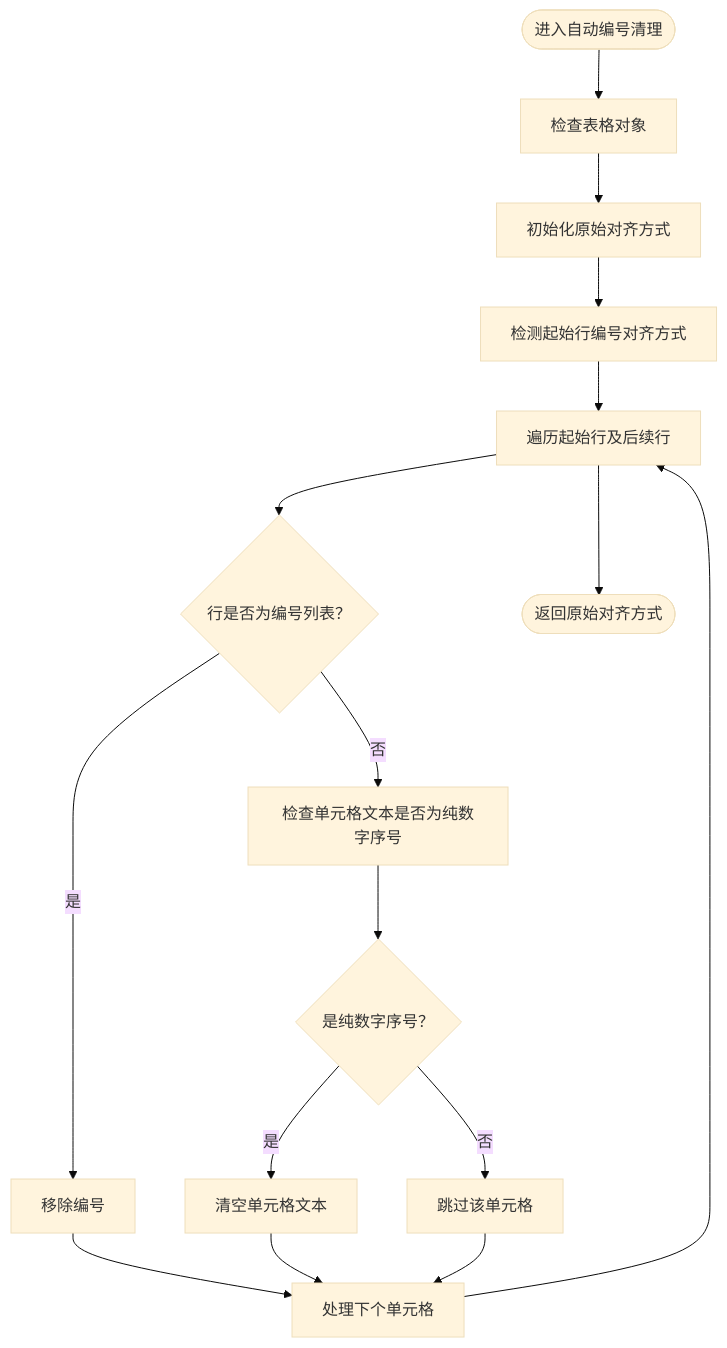
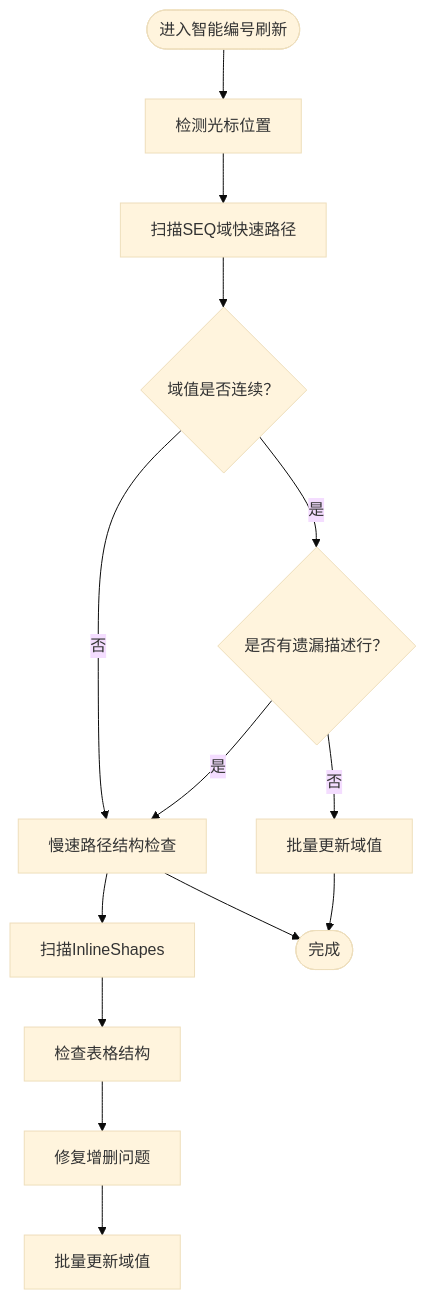
The third of 6 diagrams in .qoder/repowiki/zh/content/核心功能/表格处理服务.md (rainiva/WordTools), drawn with Mermaid (base theme) before and after one commit. The commit also changed other lines of this file and 7 other files, not shown here.

````diff
--- a/.qoder/repowiki/zh/content/核心功能/表格处理服务.md
+++ b/.qoder/repowiki/zh/content/核心功能/表格处理服务.md
@@ -186,18 +191,16 @@
 ```mermaid
 flowchart TD
-Start(["进入自动编号清理"]) --> CheckTbl["检查表格对象"]
-CheckTbl --> InitState["初始化原始对齐方式"]
-InitState --> DetectAlign["检测起始行编号对齐方式"]
-DetectAlign --> LoopRows["遍历起始行及后续行"]
-LoopRows --> HasList{"行是否为编号列表？"}
-HasList --> |是| RemoveNums["移除编号"]
-HasList --> |否| CheckCellText["检查单元格文本是否为纯数字序号"]
-CheckCellText --> IsPureNum{"是纯数字序号？"}
-IsPureNum --> |是| ClearText["清空单元格文本"]
-IsPureNum --> |否| Skip["跳过该单元格"]
-RemoveNums --> NextCell["处理下个单元格"]
-ClearText --> NextCell
-Skip --> NextCell
-NextCell --> LoopRows
-LoopRows --> Done(["返回原始对齐方式"])
+Start(["进入智能编号刷新"]) --> CheckCursor["检测光标位置"]
+CheckCursor --> ScanFields["扫描SEQ域快速路径"]
+ScanFields --> CheckContinuity{"域值是否连续？"}
+CheckContinuity --> |是| CheckMissing{"是否有遗漏描述行？"}
+CheckMissing --> |否| FastUpdate["批量更新域值"]
+CheckMissing --> |是| SlowPath["慢速路径结构检查"]
+CheckContinuity --> |否| SlowPath
+SlowPath --> ScanShapes["扫描InlineShapes"]
+ScanShapes --> CheckStructure["检查表格结构"]
+CheckStructure --> FixStructure["修复增删问题"]
+FixStructure --> BatchUpdate["批量更新域值"]
+FastUpdate --> Complete(["完成"])
+SlowPath --> Complete
 ```
````
